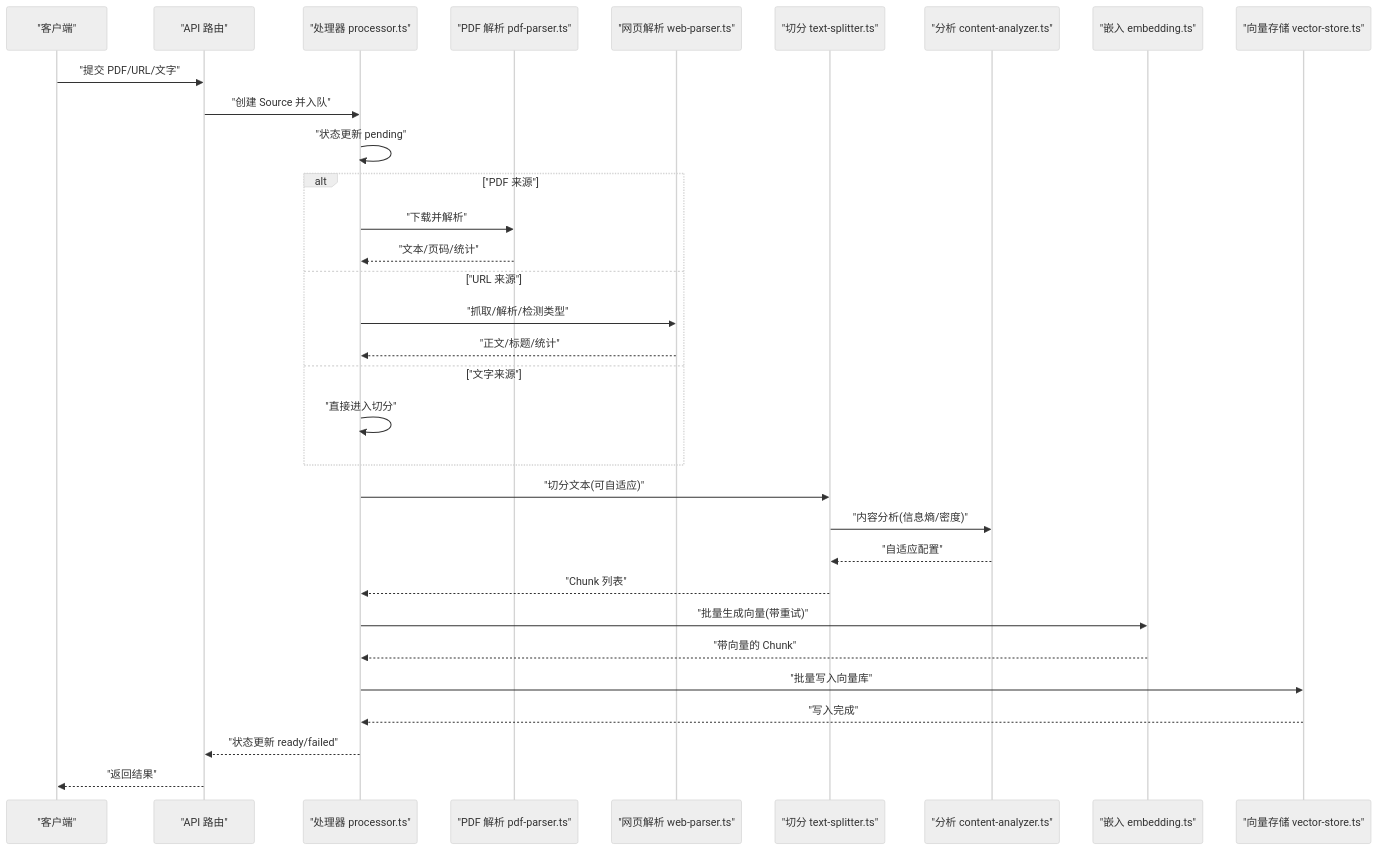
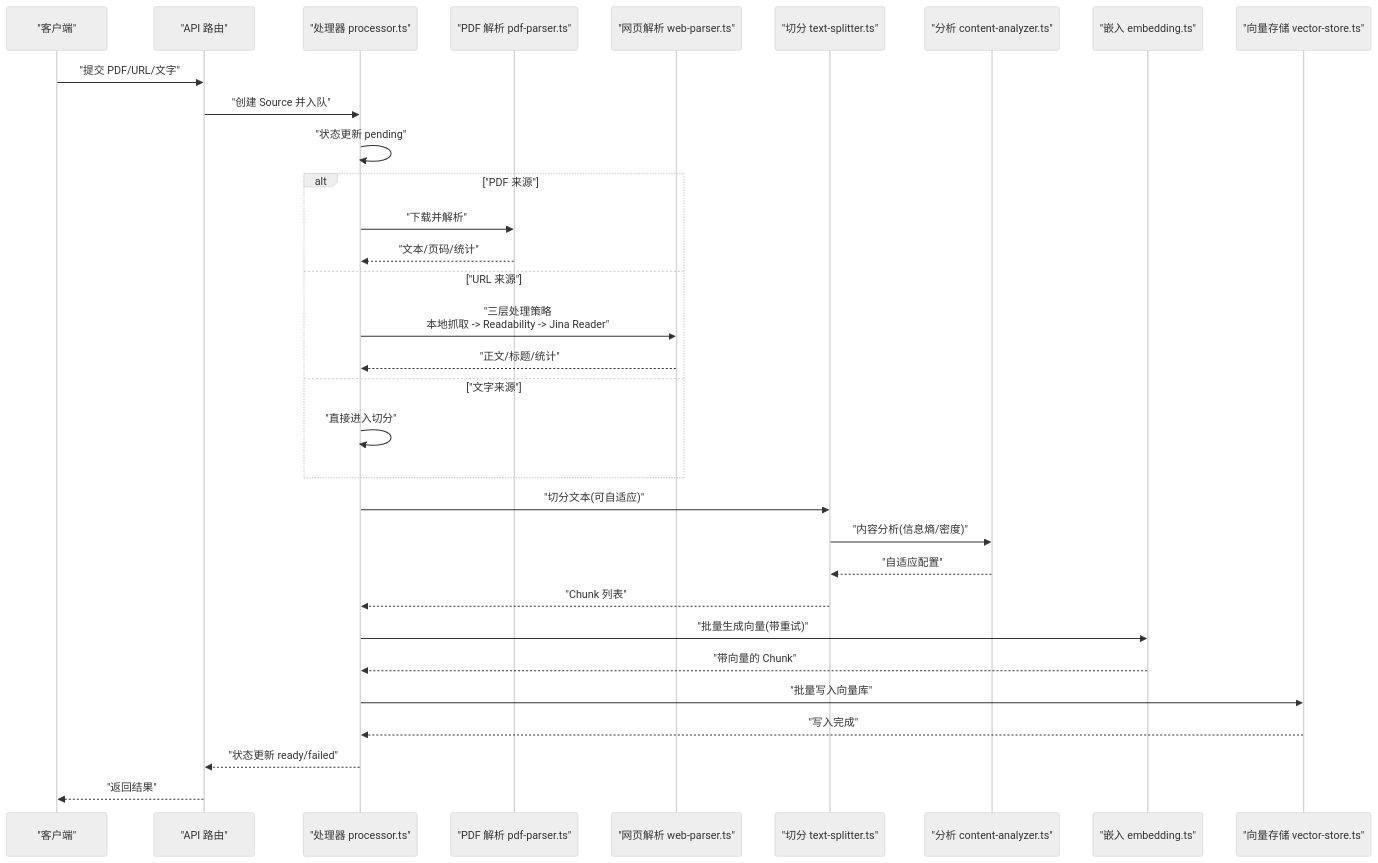
One commit to lbl-bm/notebookLM-clone changed the second of 8 diagrams in .qoder/repowiki/zh/content/项目概述/核心功能/Sources 知识源导入系统/文本处理与解析.md. Above: the diagram before and after it, drawn with Mermaid (neutral theme). The commit also changed other lines of this file and 13 other files, not shown here.

````diff
--- a/.qoder/repowiki/zh/content/项目概述/核心功能/Sources 知识源导入系统/文本处理与解析.md
+++ b/.qoder/repowiki/zh/content/项目概述/核心功能/Sources 知识源导入系统/文本处理与解析.md
@@ -125,34 +126,34 @@
 ```mermaid
 sequenceDiagram
 participant Client as "客户端"
 participant API as "API 路由"
 participant Proc as "处理器 processor.ts"
 participant PDF as "PDF 解析 pdf-parser.ts"
 participant WEB as "网页解析 web-parser.ts"
 participant Split as "切分 text-splitter.ts"
 participant Analyzer as "分析 content-analyzer.ts"
 participant Emb as "嵌入 embedding.ts"
 participant VS as "向量存储 vector-store.ts"
 Client->>API : "提交 PDF/URL/文字"
 API->>Proc : "创建 Source 并入队"
 Proc->>Proc : "状态更新 pending"
 alt "PDF 来源"
 Proc->>PDF : "下载并解析"
 PDF-->>Proc : "文本/页码/统计"
 else "URL 来源"
-Proc->>WEB : "抓取/解析/检测类型"
+Proc->>WEB : "三层处理策略<br/>本地抓取 -> Readability -> Jina Reader"
 WEB-->>Proc : "正文/标题/统计"
 else "文字来源"
 Proc->>Proc : "直接进入切分"
 end
 Proc->>Split : "切分文本(可自适应)"
 Split->>Analyzer : "内容分析(信息熵/密度)"
 Analyzer-->>Split : "自适应配置"
 Split-->>Proc : "Chunk 列表"
 Proc->>Emb : "批量生成向量(带重试)"
 Emb-->>Proc : "带向量的 Chunk"
 Proc->>VS : "批量写入向量库"
 VS-->>Proc : "写入完成"
 Proc-->>API : "状态更新 ready/failed"
 API-->>Client : "返回结果"
 ```
````
